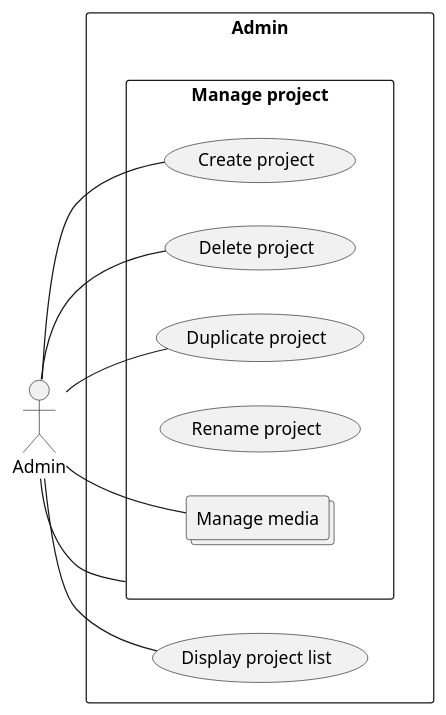
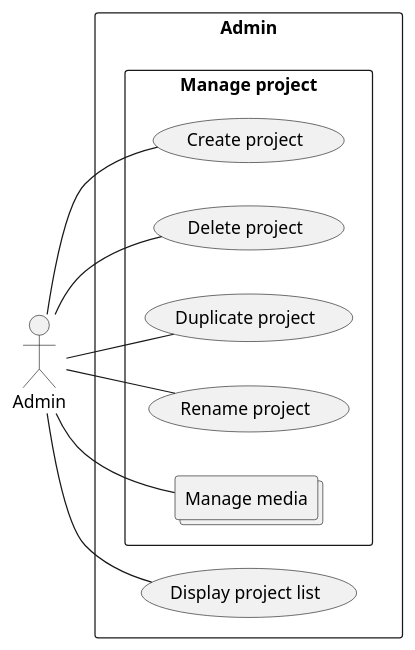
The diagram in docs/usecases diagrams/Admin.puml (HanaeMelehi/makizapp), drawn with PlantUML before and after one commit.

```diff
--- a/docs/usecases diagrams/Admin.puml
+++ b/docs/usecases diagrams/Admin.puml
@@ -1,27 +1,27 @@
 @startuml
 :Admin: as org
 
 left to right direction
 
 Rectangle "Admin" {
     (Display project list) as listPro
     Rectangle "Manage project" as manageP {
         (Create project) as createPro
         (Delete project) as deletePro
         (Duplicate project) as dupePro
         (Rename project) as renaPro
         Collections "Manage media" as manageM
     }
 }
 
 
 'Includes / extends
 
 ' Liens entre l'utilisateur (org) et les cas d'utilisation dans le package Admin
 org--listPro
-org--manageP
 org--createPro
 org--deletePro
 org--dupePro
+org--renaPro
 org--manageM
 @enduml
```
